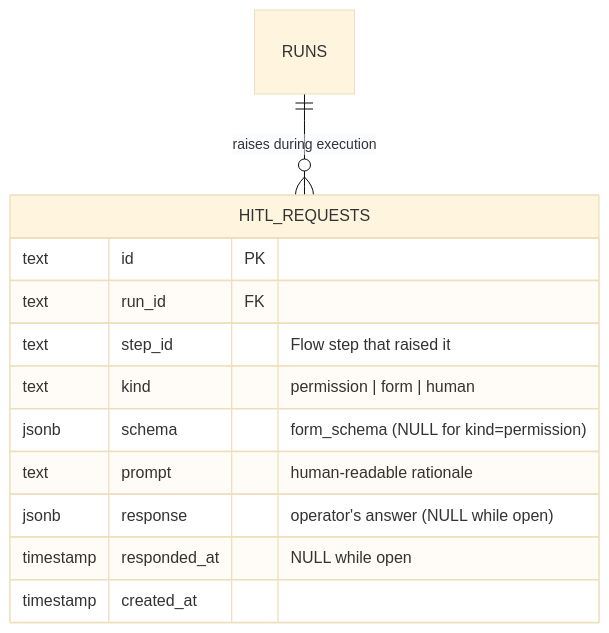
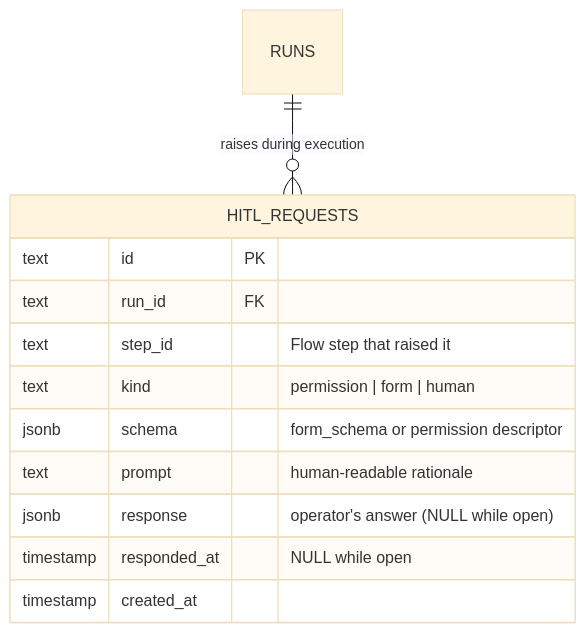
One commit to maister-dev/maister changed the first of 2 diagrams in docs/db/hitl-domain.md. Above: the diagram before and after it, drawn with Mermaid (base theme). The commit also changed other lines of this file and 46 other files, not shown here.

````diff
--- a/docs/db/hitl-domain.md
+++ b/docs/db/hitl-domain.md
@@ -8,16 +8,16 @@
 ```mermaid
 erDiagram
     RUNS ||--o{ HITL_REQUESTS : "raises during execution"
 
     HITL_REQUESTS {
         text id PK
         text run_id FK
         text step_id "Flow step that raised it"
         text kind "permission | form | human"
-        jsonb schema "form_schema (NULL for kind=permission)"
+        jsonb schema "form_schema or permission descriptor"
         text prompt "human-readable rationale"
         jsonb response "operator's answer (NULL while open)"
         timestamp responded_at "NULL while open"
         timestamp created_at
     }
 ```
````
